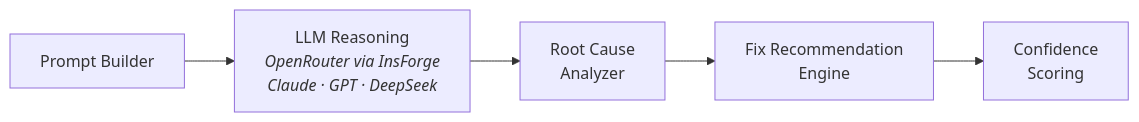
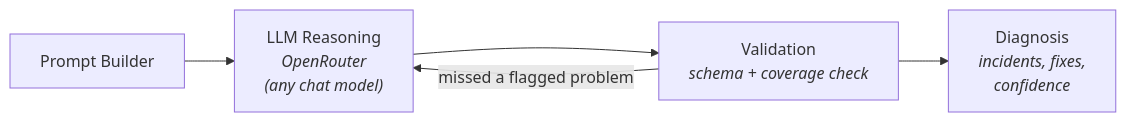
Before and after one commit to mohammedfirdouss/k8s-ai-agent: the third of 5 diagrams in README.md, drawn with Mermaid. The commit also changed other lines of this file and 7 other files, not shown here.

Commit message:
Add feedback functionality for diagnosis ratings and improve user authentication flow

````diff
--- a/README.md
+++ b/README.md
@@ -63,7 +65,7 @@
 ```mermaid
 flowchart LR
-    PB["Prompt Builder"] --> LLM["LLM Reasoning<br/><i>OpenRouter via InsForge<br/>Claude · GPT · DeepSeek</i>"]
-    LLM --> RCA["Root Cause<br/>Analyzer"]
-    RCA --> FIX["Fix Recommendation<br/>Engine"]
-    FIX --> CONF["Confidence<br/>Scoring"]
+    PB["Prompt Builder"] --> LLM["LLM Reasoning<br/><i>OpenRouter<br/>(any chat model)</i>"]
+    LLM --> VAL["Validation<br/><i>schema + coverage check</i>"]
+    VAL -- "missed a flagged problem" --> LLM
+    VAL --> DIAG["Diagnosis<br/><i>incidents, fixes,<br/>confidence</i>"]
 ```
````
